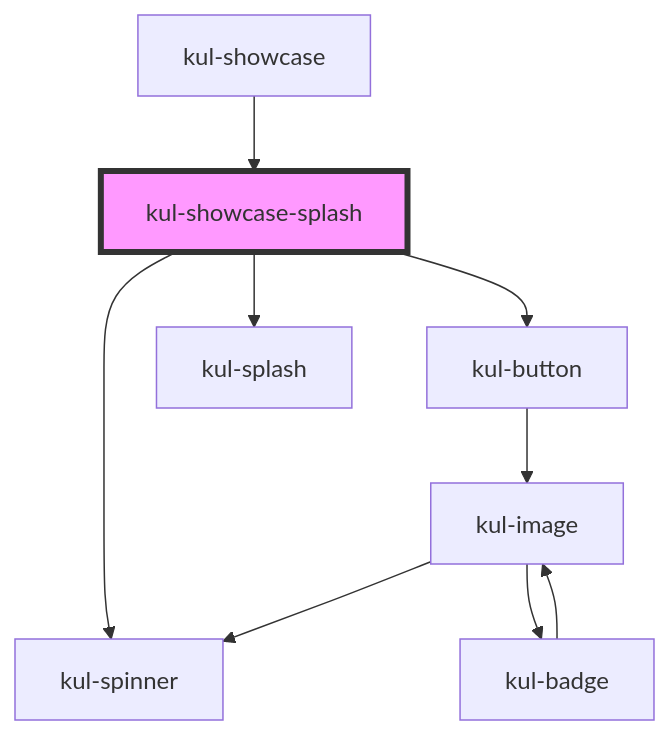
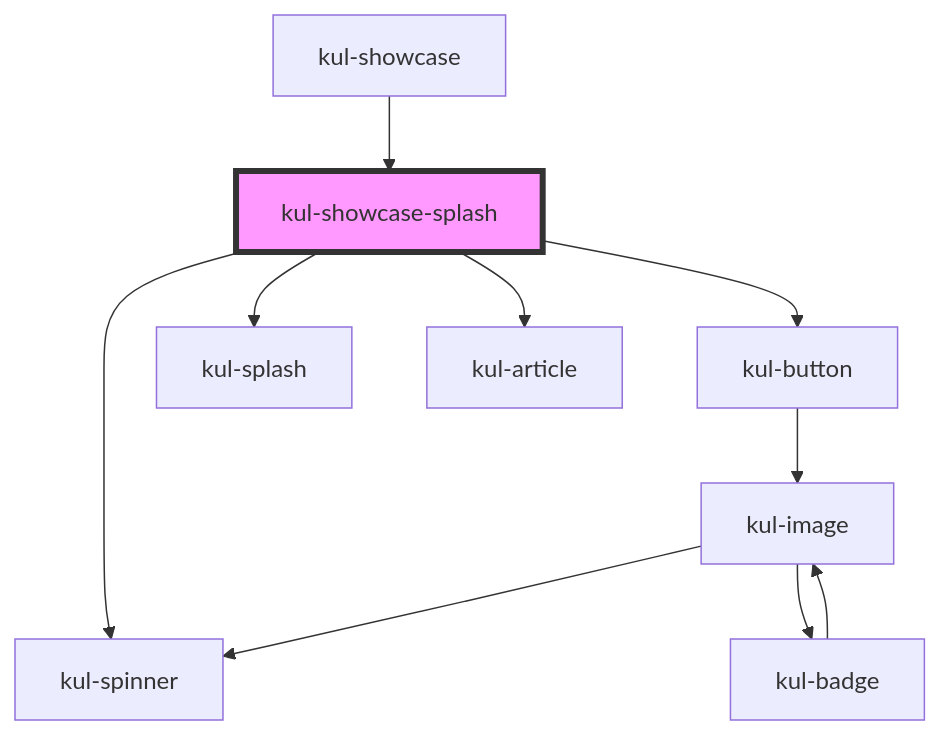
Before and after one commit to smeup/ketchup: the diagram in packages/ketchup-lite/src/components/kul-showcase/components/splash/readme.md, drawn with Mermaid. The commit also changed other lines of this file and 15 other files, not shown here.

````diff
--- a/packages/ketchup-lite/src/components/kul-showcase/components/splash/readme.md
+++ b/packages/ketchup-lite/src/components/kul-showcase/components/splash/readme.md
@@ -31,12 +32,13 @@
 ```mermaid
 graph TD;
   kul-showcase-splash --> kul-button
   kul-showcase-splash --> kul-splash
   kul-showcase-splash --> kul-spinner
+  kul-showcase-splash --> kul-article
   kul-button --> kul-image
   kul-image --> kul-spinner
   kul-image --> kul-badge
   kul-badge --> kul-image
   kul-showcase --> kul-showcase-splash
   style kul-showcase-splash fill:#f9f,stroke:#333,stroke-width:4px
 ```
````
